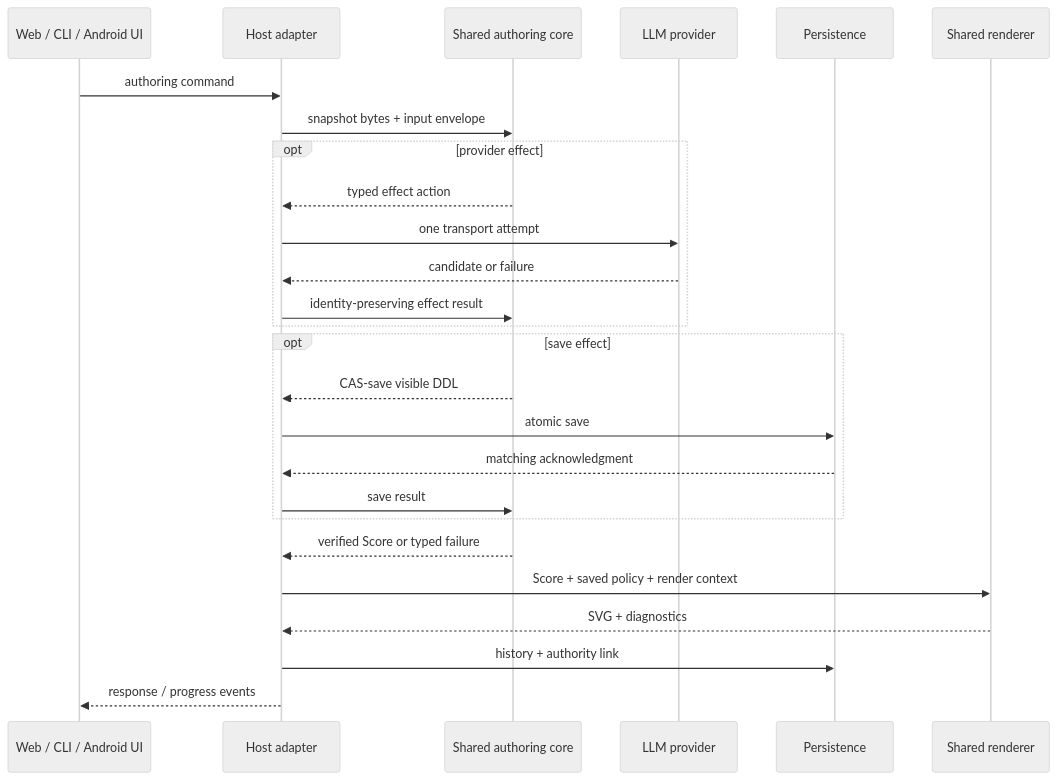
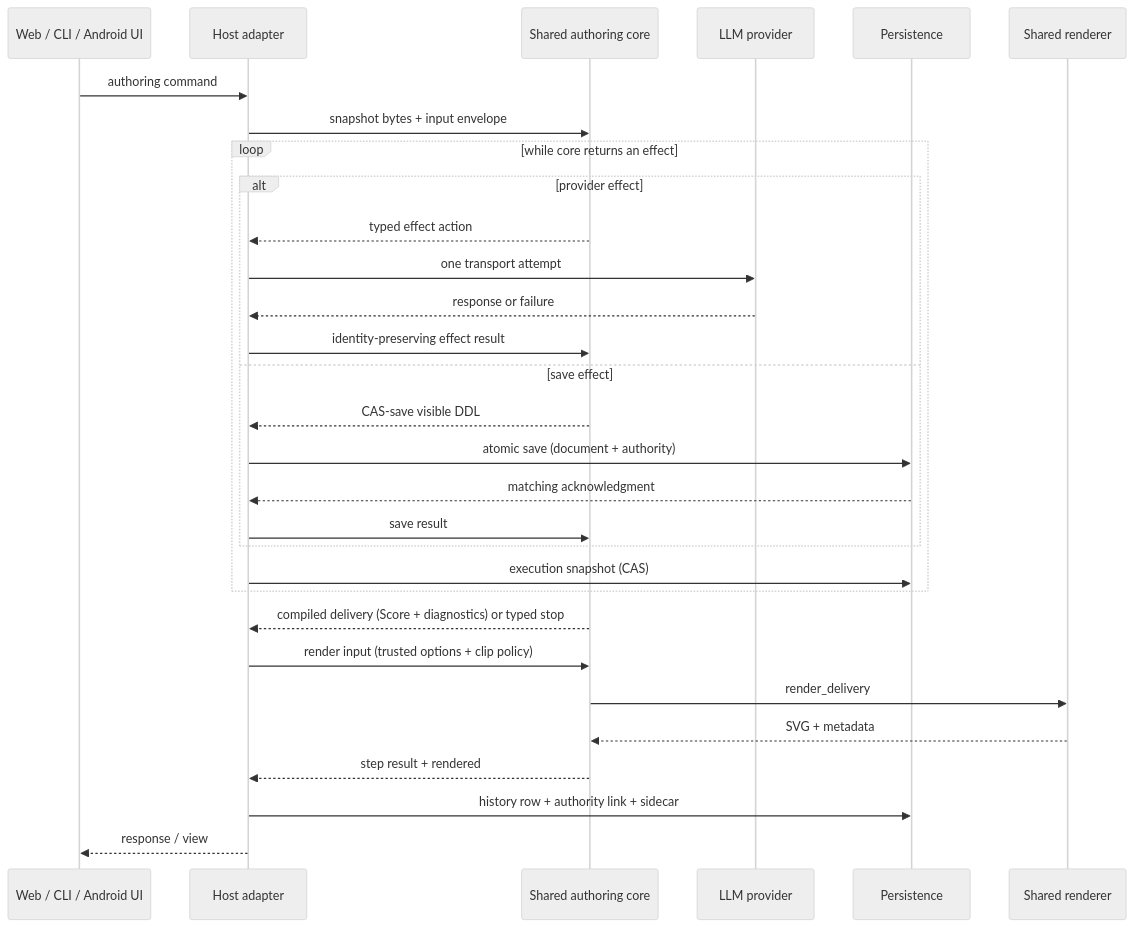
Before and after one commit to oikawas/inku-lang: the second of 2 diagrams in docs/architecture/ddl-processing-pipeline.md, drawn with Mermaid (neutral theme). The commit also changed other lines of this file and 27 other files, not shown here.

First line of the commit message:
Update architecture documents for the shared Rust pipeline

````diff
--- a/docs/architecture/ddl-processing-pipeline.md
+++ b/docs/architecture/ddl-processing-pipeline.md
@@ -59,29 +73,33 @@
 ```mermaid
 sequenceDiagram
     participant C as Web / CLI / Android UI
     participant H as Host adapter
     participant A as Shared authoring core
     participant L as LLM provider
     participant P as Persistence
     participant R as Shared renderer
 
     C->>H: authoring command
     H->>A: snapshot bytes + input envelope
-    opt provider effect
-        A-->>H: typed effect action
-        H->>L: one transport attempt
-        L-->>H: candidate or failure
-        H->>A: identity-preserving effect result
+    loop while core returns an effect
+        alt provider effect
+            A-->>H: typed effect action
+            H->>L: one transport attempt
+            L-->>H: response or failure
+            H->>A: identity-preserving effect result
+        else save effect
+            A-->>H: CAS-save visible DDL
+            H->>P: atomic save (document + authority)
+            P-->>H: matching acknowledgment
+            H->>A: save result
+        end
+        H->>P: execution snapshot (CAS)
     end
-    opt save effect
-        A-->>H: CAS-save visible DDL
-        H->>P: atomic save
-        P-->>H: matching acknowledgment
-        H->>A: save result
-    end
-    A-->>H: verified Score or typed failure
-    H->>R: Score + saved policy + render context
-    R-->>H: SVG + diagnostics
-    H->>P: history + authority link
-    H-->>C: response / progress events
+    A-->>H: compiled delivery (Score + diagnostics) or typed stop
+    H->>A: render input (trusted options + clip policy)
+    A->>R: render_delivery
+    R-->>A: SVG + metadata
+    A-->>H: step result + rendered
+    H->>P: history row + authority link + sidecar
+    H-->>C: response / view
 ```
````
